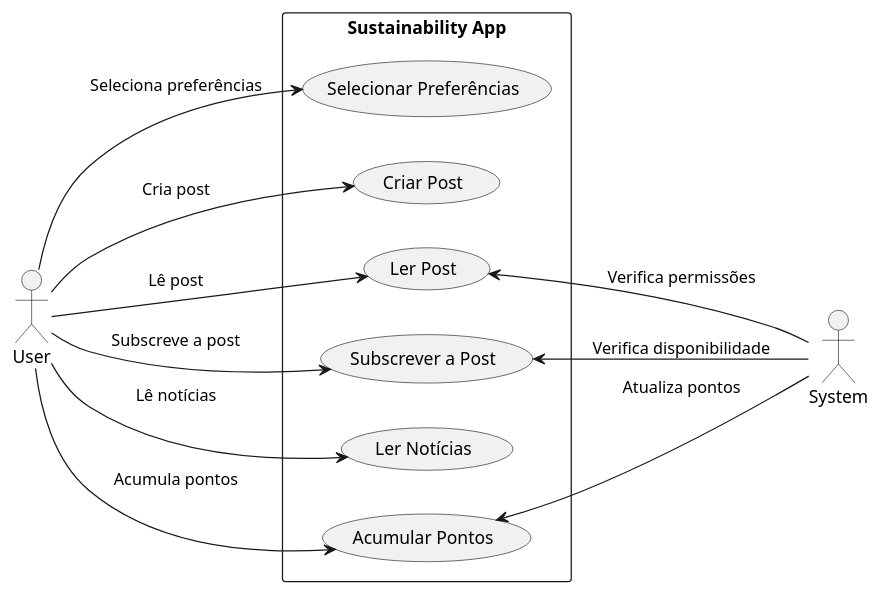
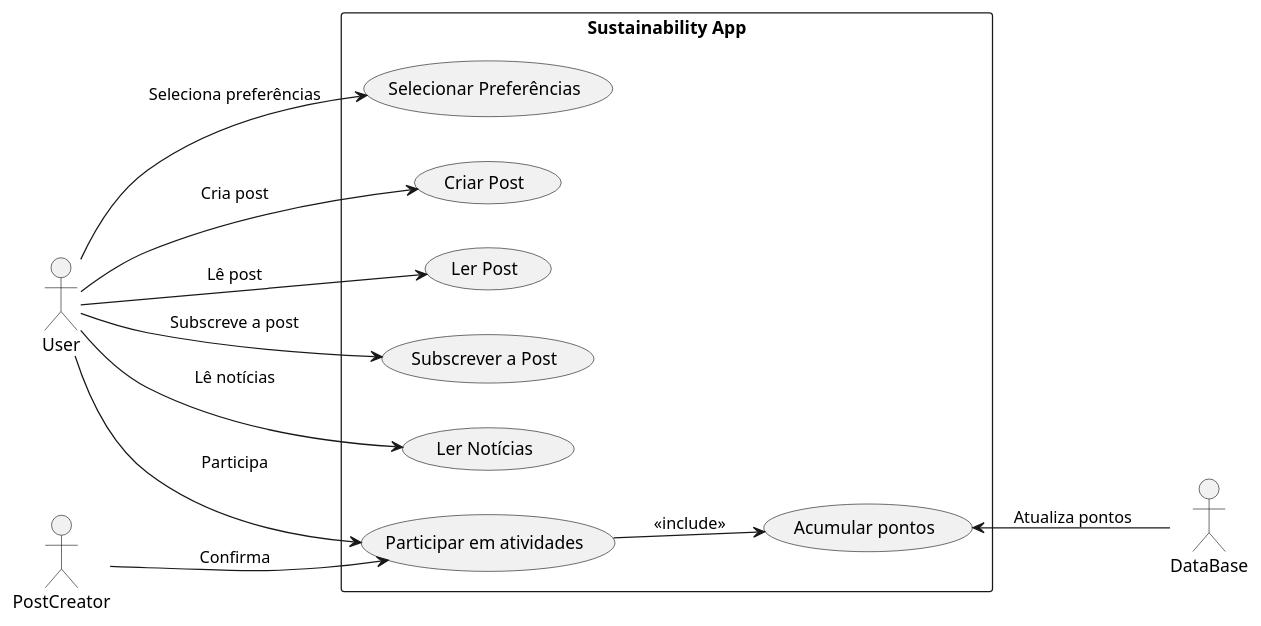
One commit to GoncaloMatias1/ES_Project2 changed the diagram in Resources/useCase.plantuml. Above: the diagram before and after it, drawn with PlantUML. The commit also changed 1 other file, not shown here.

Commit message:
Added the domain and use cases diagrams

```diff
--- a/Resources/useCase.plantuml
+++ b/Resources/useCase.plantuml
@@ -1,29 +1,32 @@
 @startuml App
 
 left to right direction
 skinparam packageStyle rectangle
 
 actor User as U
-actor System as S
+actor PostCreator as PC
+actor DataBase as S
 
 rectangle "Sustainability App" {
     usecase "Selecionar Preferências" as SelectPreferences
     usecase "Criar Post" as CreatePost
     usecase "Ler Post" as ReadPost
     usecase "Subscrever a Post" as SubscribeToPost
     usecase "Ler Notícias" as ReadNews
-    usecase "Acumular Pontos" as AccumulatePoints
+    usecase "Participar em atividades" as Showed
+    usecase "Acumular pontos" as AccumulatePoints
 
     U --> SelectPreferences: Seleciona preferências
     U --> CreatePost: Cria post
     U --> ReadPost: Lê post
     U --> SubscribeToPost: Subscreve a post
     U --> ReadNews: Lê notícias
-    U --> AccumulatePoints: Acumula pontos
+    U --> Showed: Participa
+    PC --> Showed: Confirma
 
-    ReadPost <-- S: Verifica permissões
-    SubscribeToPost <-- S: Verifica disponibilidade
     AccumulatePoints <-- S: Atualiza pontos
+
+    Showed --> AccumulatePoints: <<include>>
 }
 
 @enduml
```
